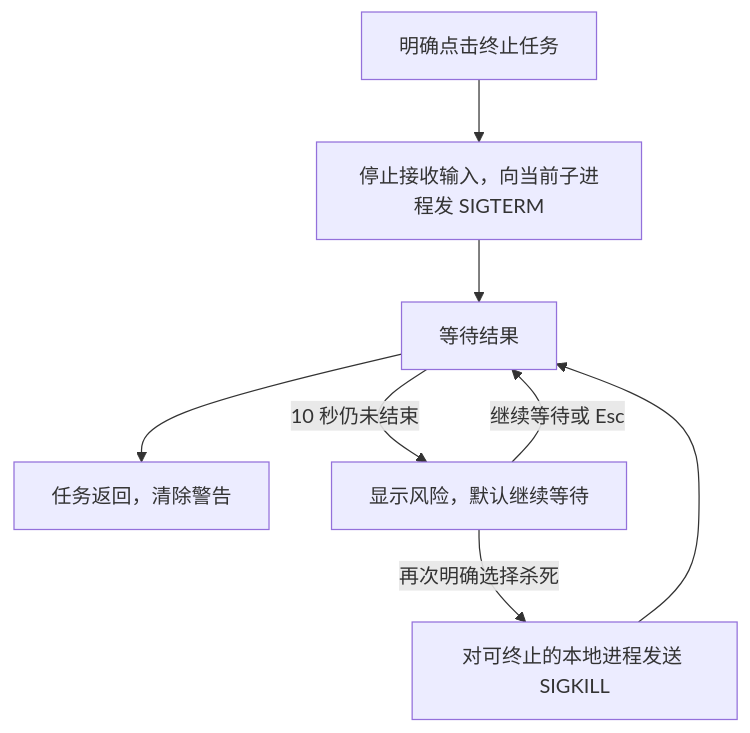
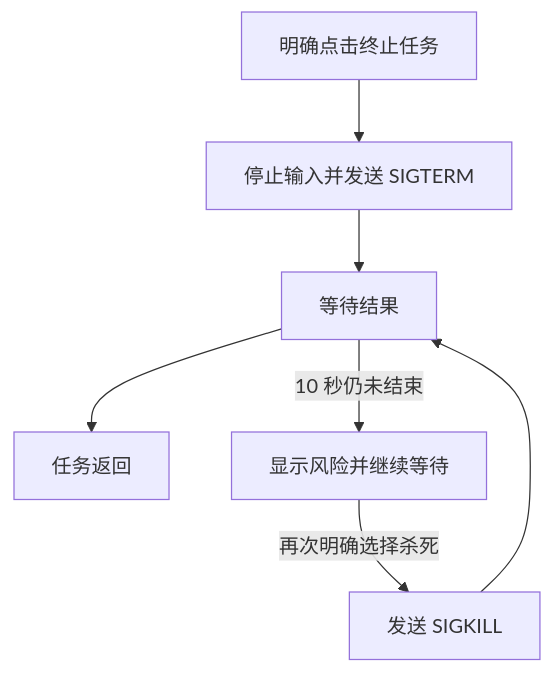
The diagram in crates/auto-admin/docs/workflow.md (peixuanthomas/TundraUX3), drawn with Mermaid before and after one commit. The commit also changed other lines of this file and 9 other files, not shown here.

````diff
--- a/crates/auto-admin/docs/workflow.md
+++ b/crates/auto-admin/docs/workflow.md
@@ -42,10 +41,9 @@
 ```mermaid
 flowchart TD
-    Stop[明确点击终止任务] --> Term[停止接收输入，向当前子进程发 SIGTERM]
+    Stop[明确点击终止任务] --> Term[停止输入并发送 SIGTERM]
     Term --> Wait[等待结果]
-    Wait --> Done[任务返回，清除警告]
-    Wait -- 10 秒仍未结束 --> Warn[显示风险，默认继续等待]
-    Warn -- 继续等待或 Esc --> Wait
-    Warn -- 再次明确选择杀死 --> Kill[对可终止的本地进程发送 SIGKILL]
+    Wait --> Done[任务返回]
+    Wait -->|10 秒仍未结束| Warn[显示风险并继续等待]
+    Warn -->|再次明确选择杀死| Kill[发送 SIGKILL]
     Kill --> Wait
 ```
````
